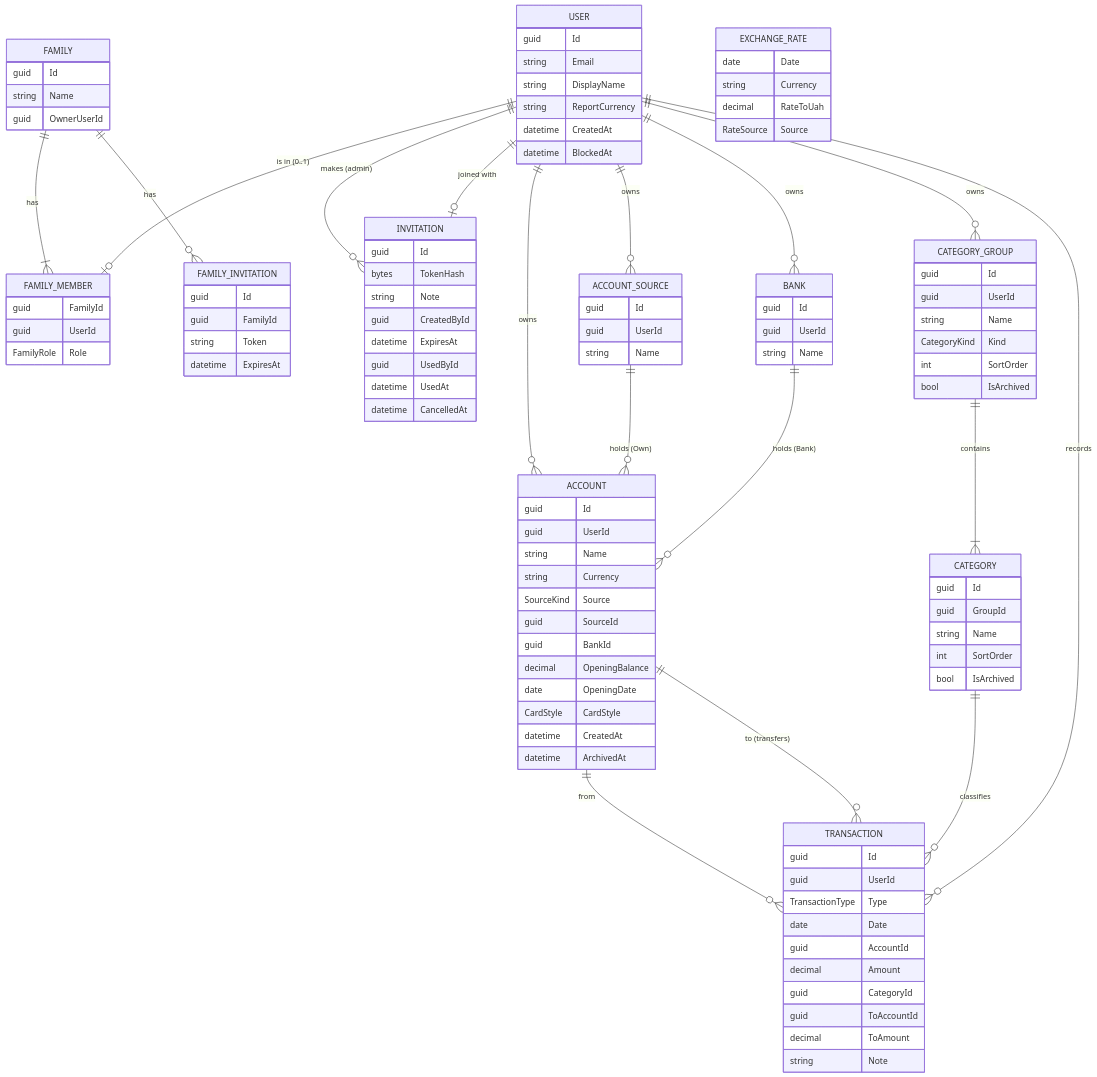
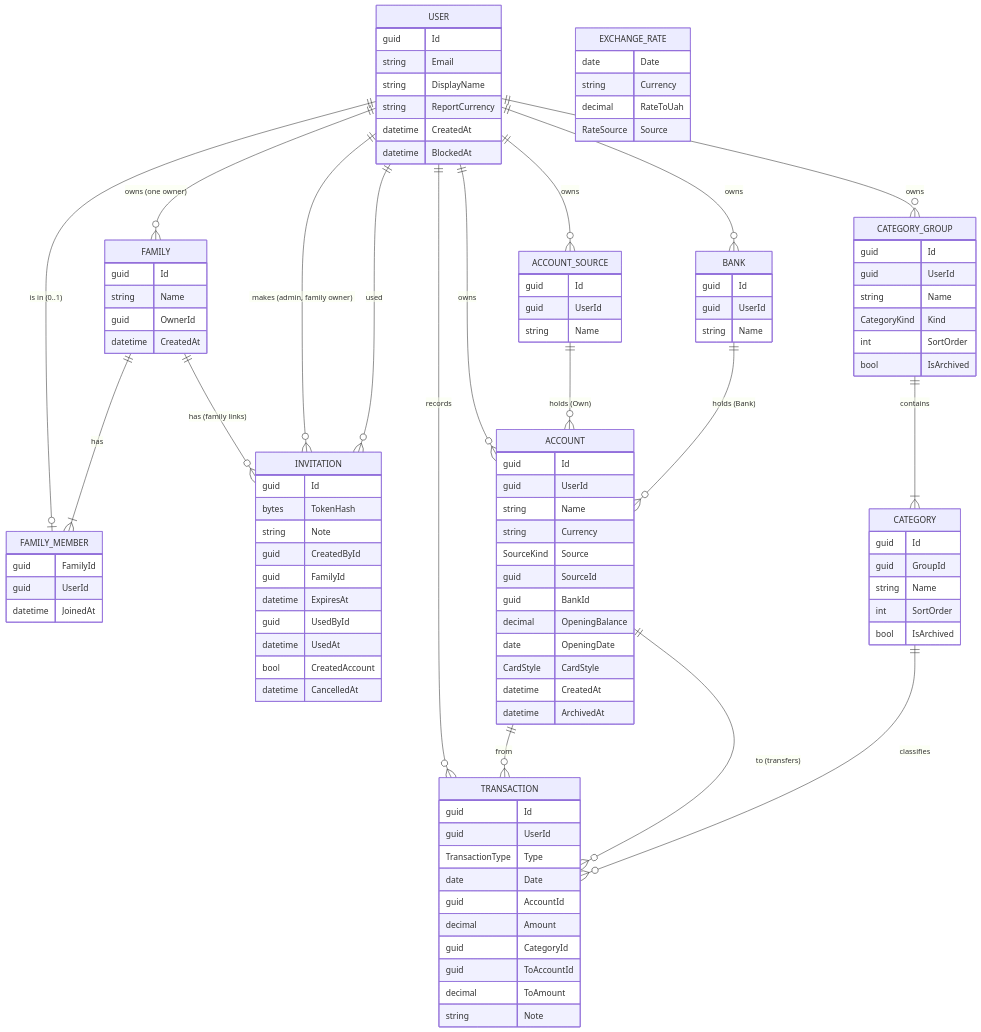
One commit to yuliaBiriukova/PupBudgetPlanner changed the second of 3 diagrams in docs/ARCHITECTURE.md. Above: the diagram before and after it, drawn with Mermaid. The commit also changed other lines of this file and 107 other files, not shown here.

First line of the commit message:
F-023: Add families and family invite links

````diff
--- a/docs/ARCHITECTURE.md
+++ b/docs/ARCHITECTURE.md
@@ -88,33 +88,33 @@
 ```mermaid
 erDiagram
     USER ||--o| FAMILY_MEMBER : "is in (0..1)"
     FAMILY ||--|{ FAMILY_MEMBER : has
-    FAMILY ||--o{ FAMILY_INVITATION : has
-    USER ||--o{ INVITATION : "makes (admin)"
-    USER ||--o| INVITATION : "joined with"
+    USER ||--o{ FAMILY : "owns (one owner)"
+    FAMILY ||--o{ INVITATION : "has (family links)"
+    USER ||--o{ INVITATION : "makes (admin, family owner)"
+    USER ||--o{ INVITATION : "used"
     USER ||--o{ ACCOUNT : owns
     USER ||--o{ ACCOUNT_SOURCE : owns
     USER ||--o{ BANK : owns
     ACCOUNT_SOURCE ||--o{ ACCOUNT : "holds (Own)"
     BANK ||--o{ ACCOUNT : "holds (Bank)"
     USER ||--o{ CATEGORY_GROUP : owns
     CATEGORY_GROUP ||--|{ CATEGORY : contains
     USER ||--o{ TRANSACTION : records
     ACCOUNT ||--o{ TRANSACTION : "from"
     ACCOUNT ||--o{ TRANSACTION : "to (transfers)"
     CATEGORY ||--o{ TRANSACTION : "classifies"
     EXCHANGE_RATE
 
     USER { guid Id string Email string DisplayName string ReportCurrency datetime CreatedAt datetime BlockedAt }
-    INVITATION { guid Id bytes TokenHash string Note guid CreatedById datetime ExpiresAt guid UsedById datetime UsedAt datetime CancelledAt }
-    FAMILY { guid Id string Name guid OwnerUserId }
-    FAMILY_MEMBER { guid FamilyId guid UserId FamilyRole Role }
-    FAMILY_INVITATION { guid Id guid FamilyId string Token datetime ExpiresAt }
+    INVITATION { guid Id bytes TokenHash string Note guid CreatedById guid FamilyId datetime ExpiresAt guid UsedById datetime UsedAt bool CreatedAccount datetime CancelledAt }
+    FAMILY { guid Id string Name guid OwnerId datetime CreatedAt }
+    FAMILY_MEMBER { guid FamilyId guid UserId datetime JoinedAt }
     ACCOUNT { guid Id guid UserId string Name string Currency SourceKind Source guid SourceId guid BankId decimal OpeningBalance date OpeningDate CardStyle CardStyle datetime CreatedAt datetime ArchivedAt }
     ACCOUNT_SOURCE { guid Id guid UserId string Name }
     BANK { guid Id guid UserId string Name }
     CATEGORY_GROUP { guid Id guid UserId string Name CategoryKind Kind int SortOrder bool IsArchived }
     CATEGORY { guid Id guid GroupId string Name int SortOrder bool IsArchived }
     TRANSACTION { guid Id guid UserId TransactionType Type date Date guid AccountId decimal Amount guid CategoryId guid ToAccountId decimal ToAmount string Note }
     EXCHANGE_RATE { date Date string Currency decimal RateToUah RateSource Source }
 ```
````
